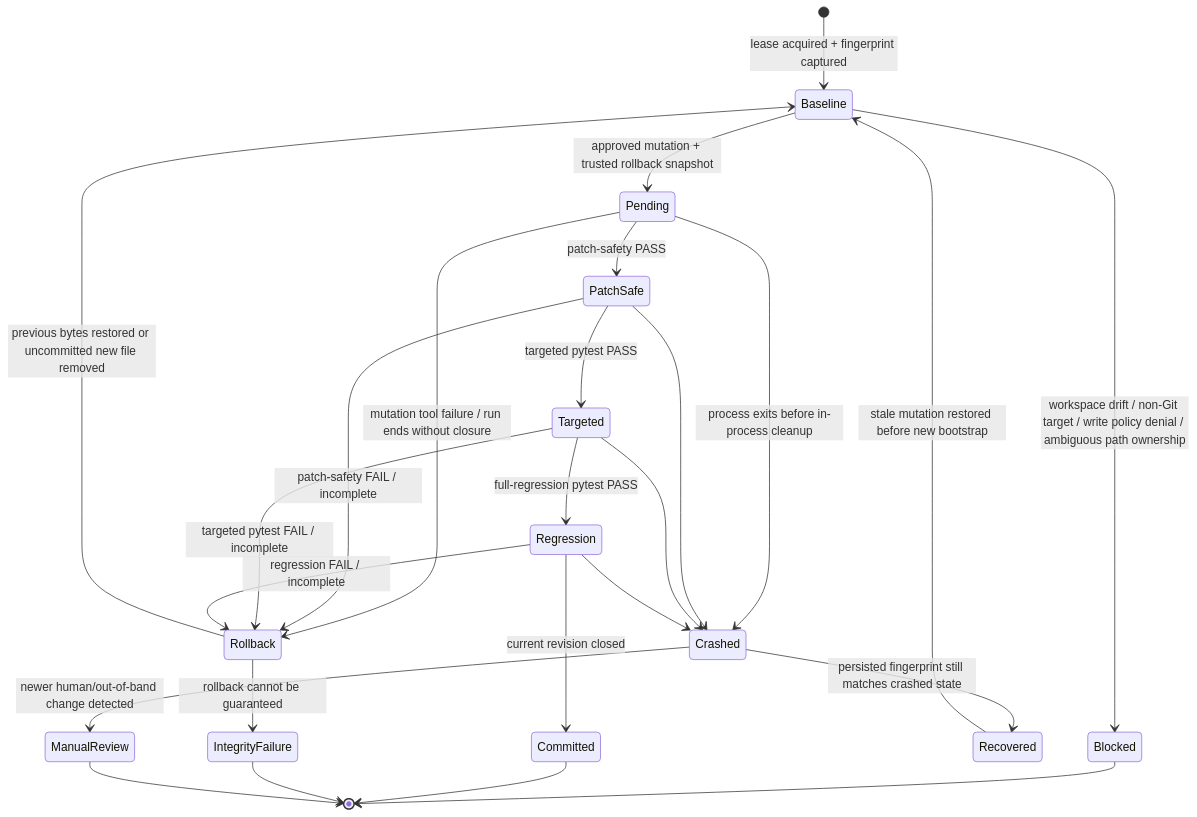
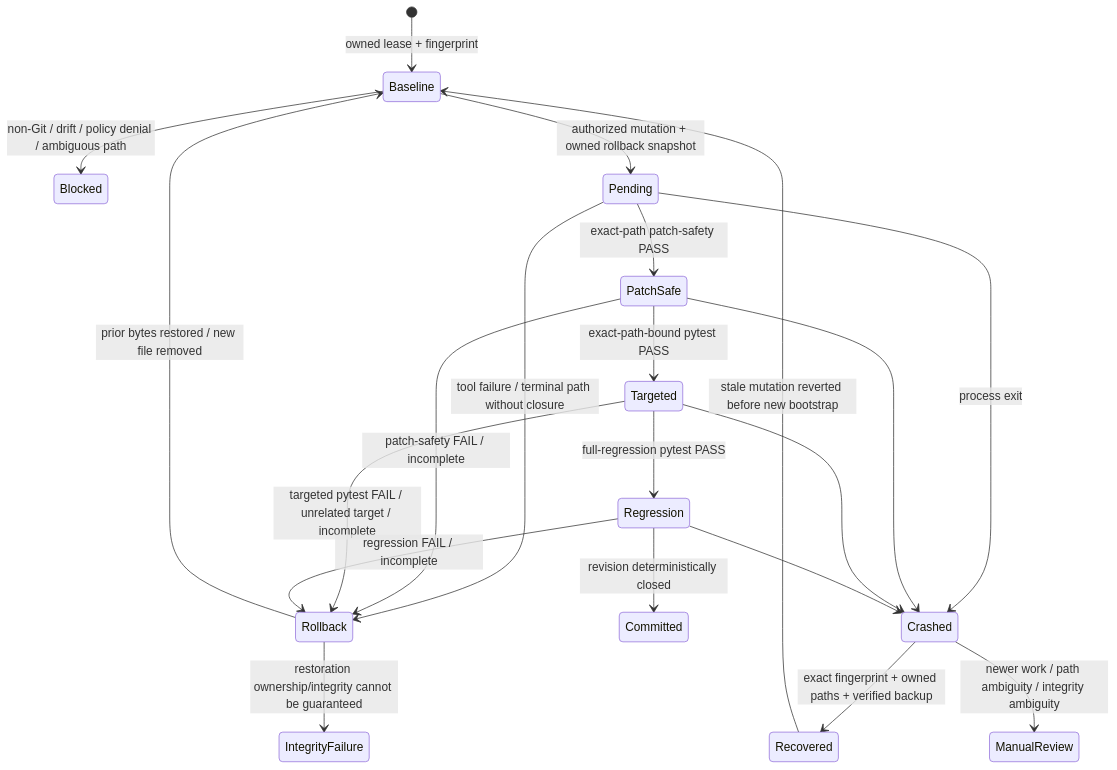
Before and after one commit to portyu9/ai-qa-automation: the diagram in docs/RUNTIME_CONTROL.md, drawn with Mermaid. The commit also changed other lines of this file and 66 other files, not shown here.

````diff
--- a/docs/RUNTIME_CONTROL.md
+++ b/docs/RUNTIME_CONTROL.md
@@ -19,36 +28,31 @@
 ```mermaid
 stateDiagram-v2
-    [*] --> Baseline: lease acquired + fingerprint captured
+    [*] --> Baseline: owned lease + fingerprint
 
-    Baseline --> Blocked: workspace drift / non-Git target / write policy denial / ambiguous path ownership
-    Baseline --> Pending: approved mutation + trusted rollback snapshot
+    Baseline --> Blocked: non-Git / drift / policy denial / ambiguous path
+    Baseline --> Pending: authorized mutation + owned rollback snapshot
 
-    Pending --> PatchSafe: patch-safety PASS
-    Pending --> Rollback: mutation tool failure / run ends without closure
+    Pending --> PatchSafe: exact-path patch-safety PASS
+    Pending --> Rollback: tool failure / terminal path without closure
 
-    PatchSafe --> Targeted: targeted pytest PASS
+    PatchSafe --> Targeted: exact-path-bound pytest PASS
     PatchSafe --> Rollback: patch-safety FAIL / incomplete
 
     Targeted --> Regression: full-regression pytest PASS
-    Targeted --> Rollback: targeted pytest FAIL / incomplete
+    Targeted --> Rollback: targeted pytest FAIL / unrelated target / incomplete
 
-    Regression --> Committed: current revision closed
+    Regression --> Committed: revision deterministically closed
     Regression --> Rollback: regression FAIL / incomplete
 
-    Rollback --> Baseline: previous bytes restored or uncommitted new file removed
-    Rollback --> IntegrityFailure: rollback cannot be guaranteed
+    Rollback --> Baseline: prior bytes restored / new file removed
+    Rollback --> IntegrityFailure: restoration ownership/integrity cannot be guaranteed
 
-    Pending --> Crashed: process exits before in-process cleanup
+    Pending --> Crashed: process exit
     PatchSafe --> Crashed
     Targeted --> Crashed
     Regression --> Crashed
 
-    Crashed --> Recovered: persisted fingerprint still matches crashed state
-    Recovered --> Baseline: stale mutation restored before new bootstrap
-    Crashed --> ManualReview: newer human/out-of-band change detected
-
-    Blocked --> [*]
-    Committed --> [*]
-    IntegrityFailure --> [*]
-    ManualReview --> [*]
+    Crashed --> Recovered: exact fingerprint + owned paths + verified backup
+    Recovered --> Baseline: stale mutation reverted before new bootstrap
+    Crashed --> ManualReview: newer work / path ambiguity / integrity ambiguity
 ```
````
